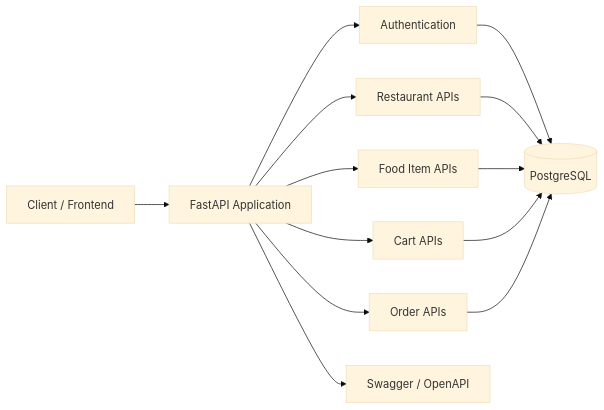
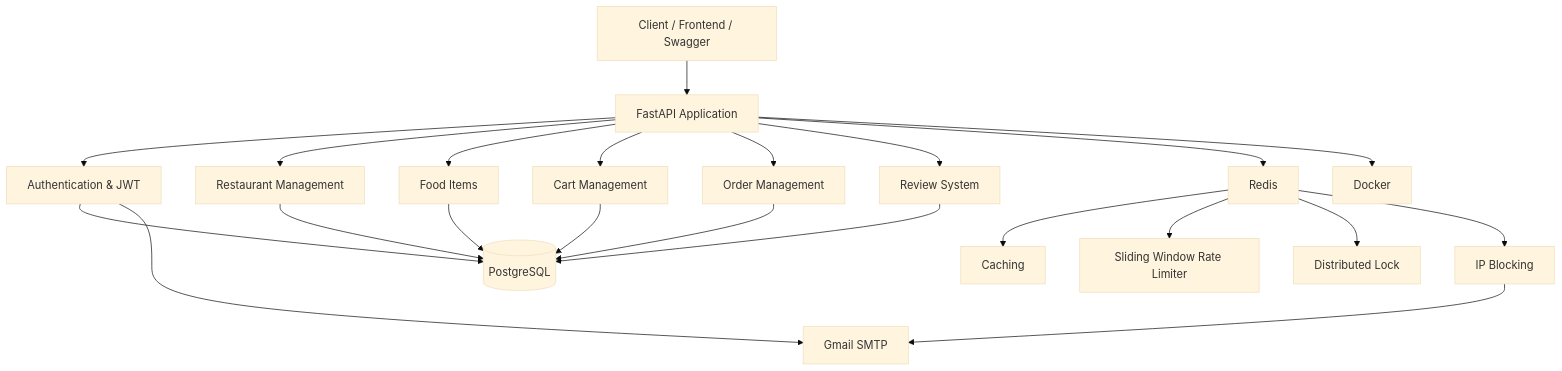
One commit to SathvikHegade/food_delivary_backend changed the first of 13 diagrams in README.md. Above: the diagram before and after it, drawn with Mermaid (base theme). The commit also changed other lines of this file, not shown here.

````diff
--- a/README.md
+++ b/README.md
@@ -26,18 +49,33 @@
 ```mermaid
-flowchart LR
-    Client["Client / Frontend"] --> API["FastAPI Application"]
+flowchart TD
+    Client["Client / Frontend / Swagger"]
+    API["FastAPI Application"]
 
-    API --> Auth["Authentication"]
-    API --> Restaurant["Restaurant APIs"]
-    API --> Food["Food Item APIs"]
-    API --> Cart["Cart APIs"]
-    API --> Order["Order APIs"]
+    Client --> API
 
-    Auth --> DB[(PostgreSQL)]
+    API --> Auth["Authentication & JWT"]
+    API --> Restaurant["Restaurant Management"]
+    API --> Food["Food Items"]
+    API --> Cart["Cart Management"]
+    API --> Order["Order Management"]
+    API --> Review["Review System"]
+
+    Auth --> DB[("PostgreSQL")]
     Restaurant --> DB
     Food --> DB
     Cart --> DB
     Order --> DB
+    Review --> DB
 
-    API --> Docs["Swagger / OpenAPI"]
+    API --> Redis["Redis"]
+
+    Redis --> Cache["Caching"]
+    Redis --> Rate["Sliding Window Rate Limiter"]
+    Redis --> Lock["Distributed Lock"]
+    Redis --> Block["IP Blocking"]
+
+    Auth --> Email["Gmail SMTP"]
+    Block --> Email
+
+    API --> Docker["Docker"]
 ```
````
